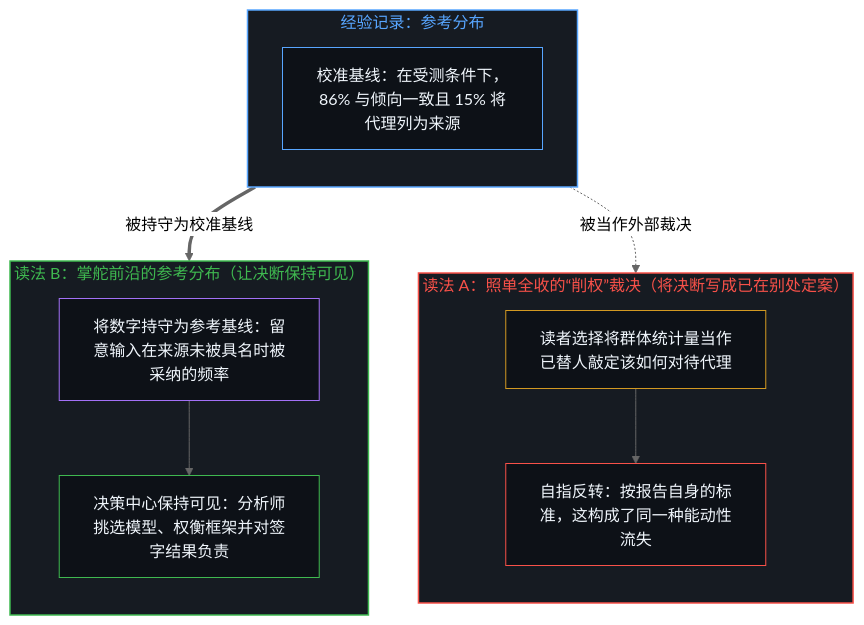
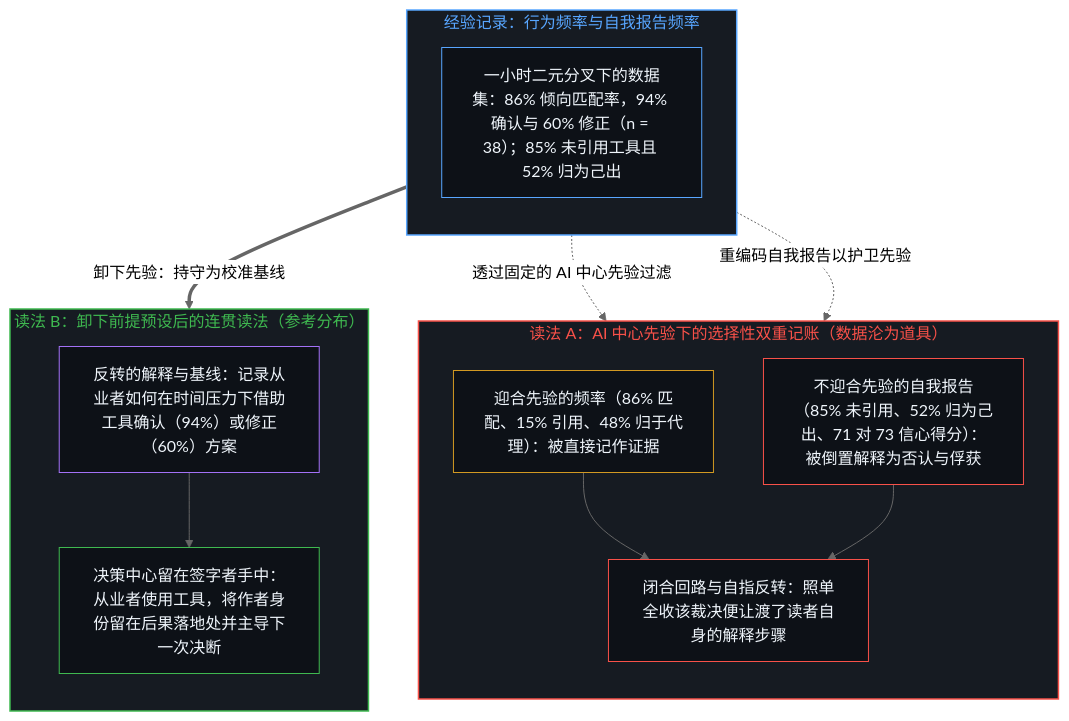
The third of 4 diagrams in content/posts/agency-and-the-pattern.md (powerpig99/not-a-toe), drawn with Mermaid (neutral theme) before and after one commit. The commit also changed other lines of this file and 2 other files, not shown here.

````diff
--- a/content/posts/agency-and-the-pattern.md
+++ b/content/posts/agency-and-the-pattern.md
@@ -109,29 +113,33 @@
 ```mermaid
 flowchart TD
-    subgraph S_Base["经验记录：参考分布"]
+    subgraph S_Base["经验记录：行为频率与自我报告频率"]
         direction TB
-        B_Data["校准基线：在受测条件下，86% 与倾向一致且 15% 将代理列为来源"]
+        B_Data["一小时二元分叉下的数据集：86% 倾向匹配率，94% 确认与 60% 修正（n = 38）；85% 未引用工具且 52% 归为己出"]
     end
-    subgraph S_ReadA["读法 A：照单全收的“削权”裁决（将决断写成已在别处定案）"]
+    subgraph S_ReadA["读法 A：AI 中心先验下的选择性双重记账（数据沦为道具）"]
         direction TB
-        A_Take["读者选择将群体统计量当作已替人敲定该如何对待代理"]
-        A_Irony["自指反转：按报告自身的标准，这构成了同一种能动性流失"]
-        A_Take --> A_Irony
+        A_Conf["迎合先验的频率（86% 匹配、15% 引用、48% 归于代理）：被直接记作证据"]
+        A_Deny["不迎合先验的自我报告（85% 未引用、52% 归为己出、71 对 73 信心得分）：被倒置解释为否认与俘获"]
+        A_Irony["闭合回路与自指反转：照单全收该裁决便让渡了读者自身的解释步骤"]
+        A_Conf --> A_Irony
+        A_Deny --> A_Irony
     end
-    subgraph S_ReadB["读法 B：掌舵前沿的参考分布（让决断保持可见）"]
+    subgraph S_ReadB["读法 B：卸下前提预设后的连贯读法（参考分布）"]
         direction TB
-        R_Ref["将数字持守为参考基线：留意输入在来源未被具名时被采纳的频率"]
-        R_Center["决策中心保持可见：分析师挑选模型、权衡框架并对签字结果负责"]
+        R_Ref["反转的解释与基线：记录从业者如何在时间压力下借助工具确认（94%）或修正（60%）方案"]
+        R_Center["决策中心留在签字者手中：从业者使用工具，将作者身份留在后果落地处并主导下一次决断"]
         R_Ref --> R_Center
     end
-    B_Data -.->|"被当作外部裁决"| A_Take
-    B_Data ==>|"被持守为校准基线"| R_Ref
+    B_Data -.->|"透过固定的 AI 中心先验过滤"| A_Conf
+    B_Data -.->|"重编码自我报告以护卫先验"| A_Deny
+    B_Data ==>|"卸下先验：持守为校准基线"| R_Ref
     style S_Base fill:#161b22,stroke:#58a6ff,stroke-width:1.5px,color:#58a6ff
     style S_ReadA fill:#161b22,stroke:#f85149,stroke-width:1.5px,color:#f85149
     style S_ReadB fill:#161b22,stroke:#3fb950,stroke-width:1.5px,color:#3fb950
     style B_Data fill:#0d1117,stroke:#58a6ff,stroke-width:1px,color:#f0f6fc
-    style A_Take fill:#0d1117,stroke:#d29922,stroke-width:1px,color:#f0f6fc
+    style A_Conf fill:#0d1117,stroke:#d29922,stroke-width:1px,color:#f0f6fc
+    style A_Deny fill:#0d1117,stroke:#f85149,stroke-width:1px,color:#f0f6fc
     style A_Irony fill:#0d1117,stroke:#f85149,stroke-width:1px,color:#f0f6fc
     style R_Ref fill:#0d1117,stroke:#a371f7,stroke-width:1px,color:#f0f6fc
     style R_Center fill:#0d1117,stroke:#3fb950,stroke-width:1px,color:#f0f6fc
 ```
````
